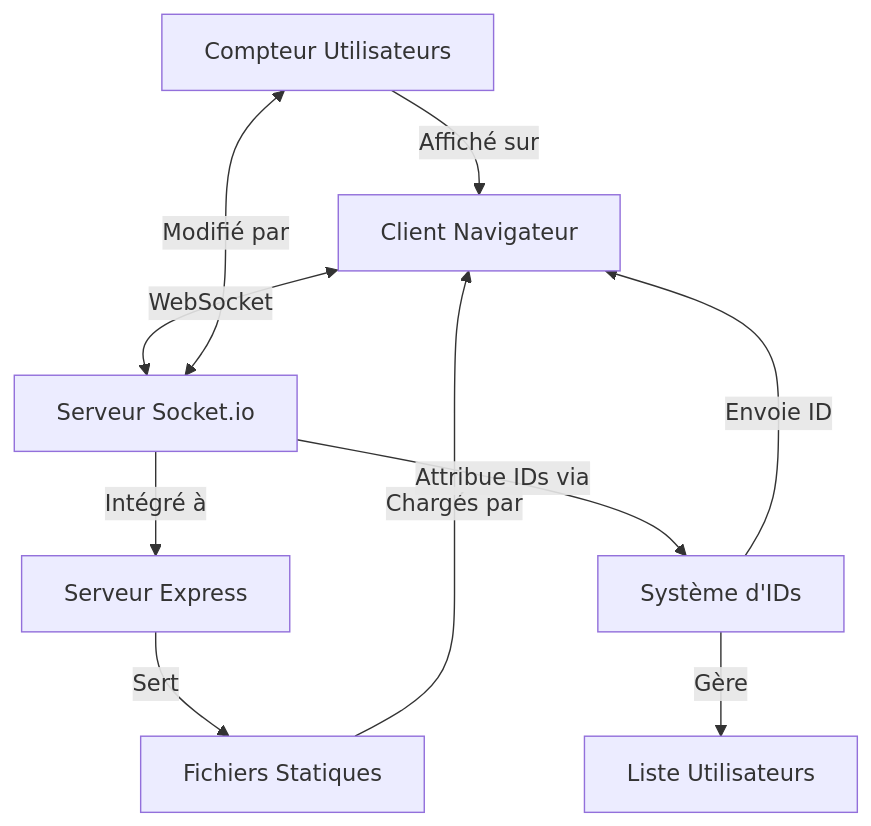
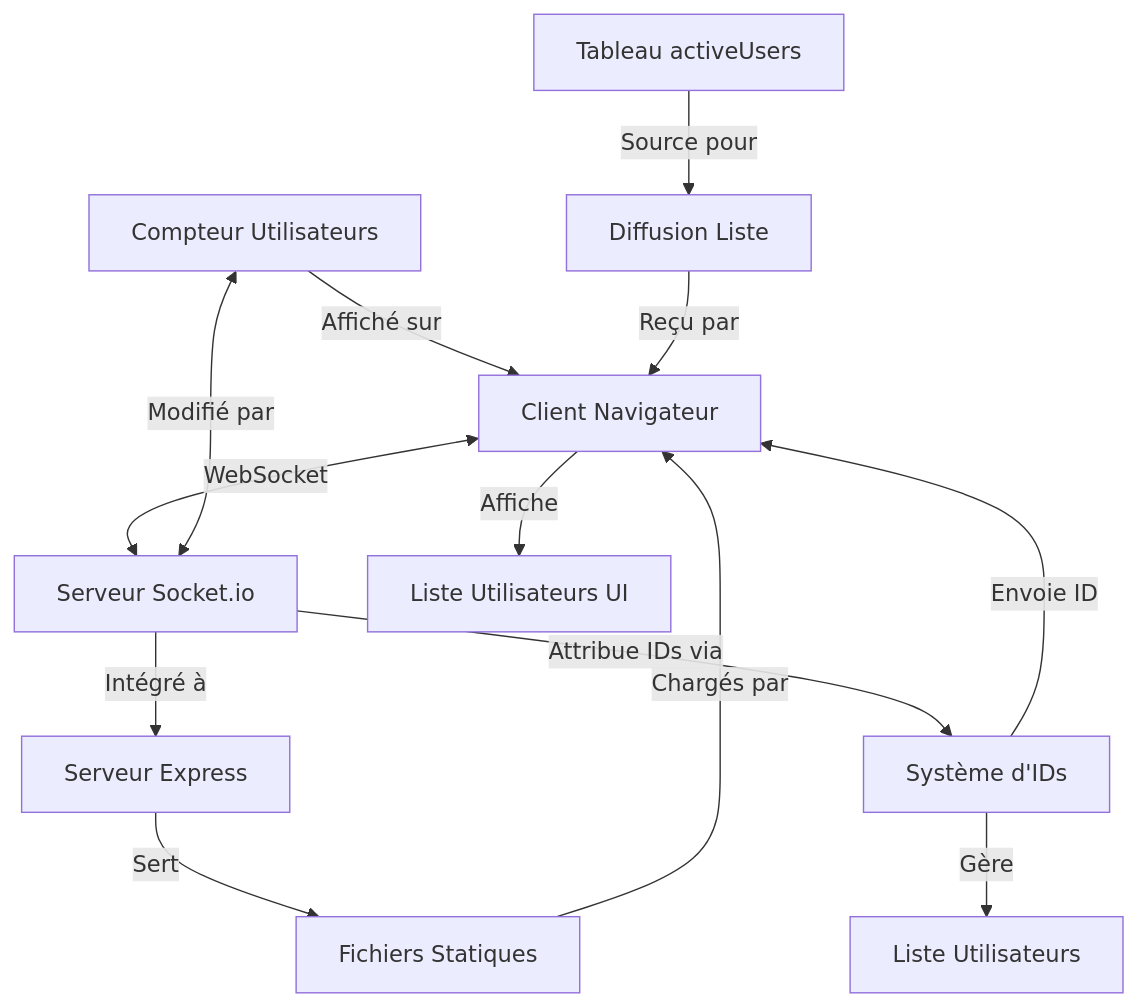
One commit to nicolasmbronner/basic-websocket-prototype changed the diagram in README.md. Above: the diagram before and after it, drawn with Mermaid. The commit also changed other lines of this file and 5 other files, not shown here.

````diff
--- a/README.md
+++ b/README.md
@@ -14,14 +15,18 @@
 ```mermaid
 graph TD
     A[Client Navigateur] <-->|WebSocket| B[Serveur Socket.io]
     B -->|Intégré à| C[Serveur Express]
     C -->|Sert| D[Fichiers Statiques]
     D -->|Chargés par| A
     
     E[Compteur Utilisateurs] <-->|Modifié par| B
     E -->|Affiché sur| A
     
     F[Système d'IDs] -->|Gère| G[Liste Utilisateurs]
     B -->|Attribue IDs via| F
     F -->|Envoie ID| A
+    
+    H[Tableau activeUsers] -->|Source pour| I[Diffusion Liste]
+    I -->|Reçu par| A
+    A -->|Affiche| J[Liste Utilisateurs UI]
 ```
````
